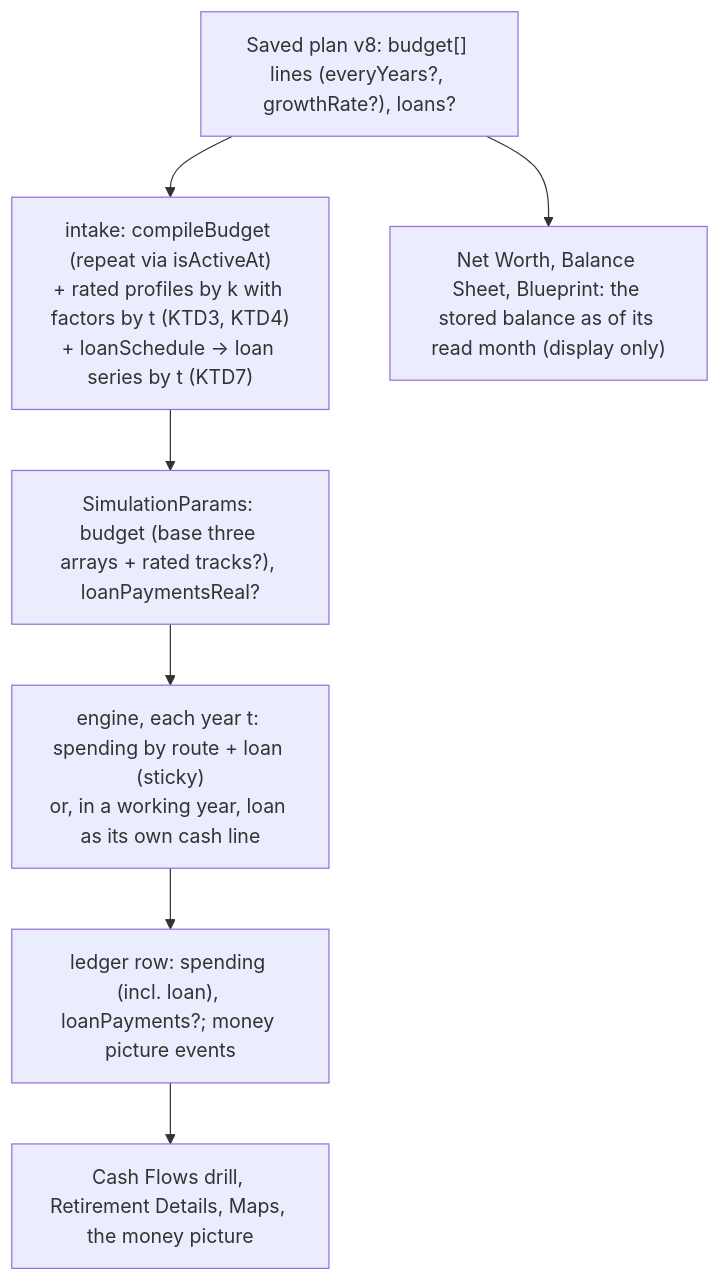
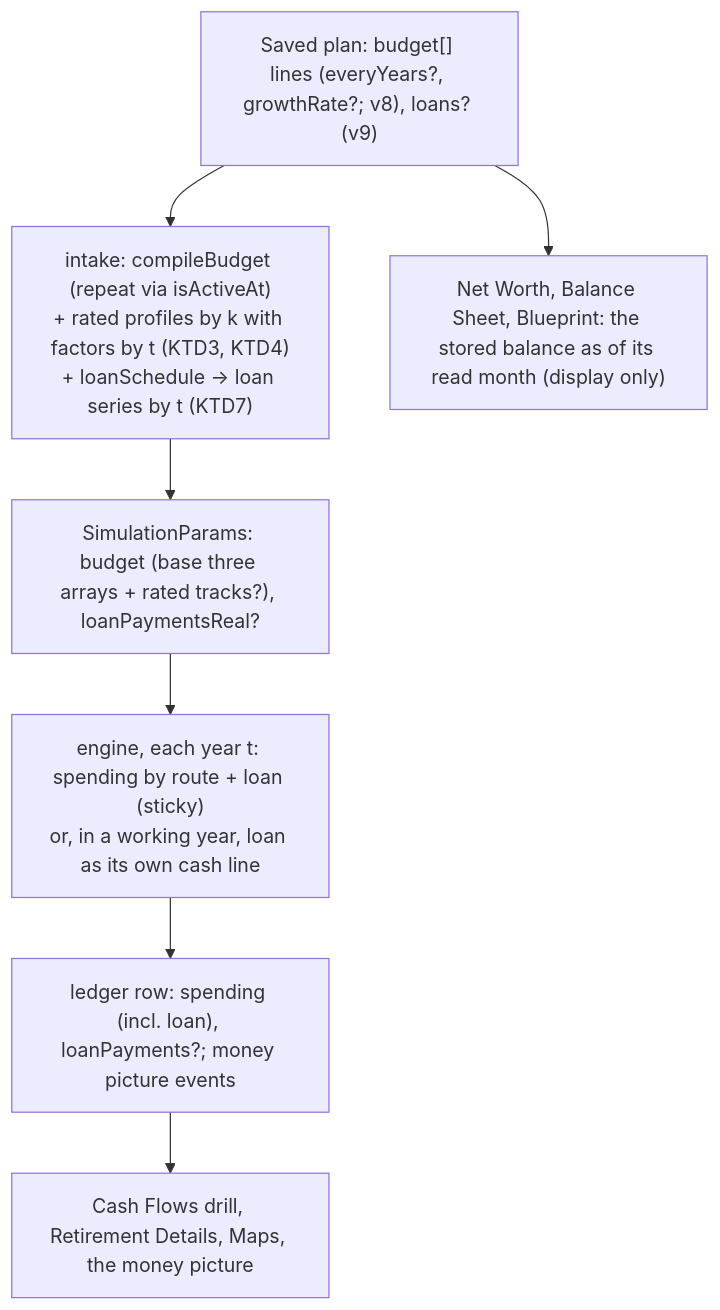
One commit to mbriggsy/ai-learning-journey changed the first of 2 diagrams in projects/the-back-nine/docs/plans/features/spending-line-repeat-and-rate-build-spec.md. Above: the diagram before and after it, drawn with Mermaid. The commit also changed other lines of this file, not shown here.

````diff
--- a/projects/the-back-nine/docs/plans/features/spending-line-repeat-and-rate-build-spec.md
+++ b/projects/the-back-nine/docs/plans/features/spending-line-repeat-and-rate-build-spec.md
@@ -146,9 +150,9 @@
 ```mermaid
 flowchart TB
-  S["Saved plan v8: budget[] lines (everyYears?, growthRate?), loans?"] --> I["intake: compileBudget (repeat via isActiveAt)<br/>+ rated profiles by k with factors by t (KTD3, KTD4)<br/>+ loanSchedule → loan series by t (KTD7)"]
+  S["Saved plan: budget[] lines (everyYears?, growthRate?; v8), loans? (v9)"] --> I["intake: compileBudget (repeat via isActiveAt)<br/>+ rated profiles by k with factors by t (KTD3, KTD4)<br/>+ loanSchedule → loan series by t (KTD7)"]
   I --> P["SimulationParams: budget (base three arrays + rated tracks?), loanPaymentsReal?"]
   P --> E["engine, each year t: spending by route + loan (sticky)<br/>or, in a working year, loan as its own cash line"]
   E --> L["ledger row: spending (incl. loan), loanPayments?; money picture events"]
   L --> V["Cash Flows drill, Retirement Details, Maps, the money picture"]
   S --> N["Net Worth, Balance Sheet, Blueprint: the stored balance as of its read month (display only)"]
 ```
````
